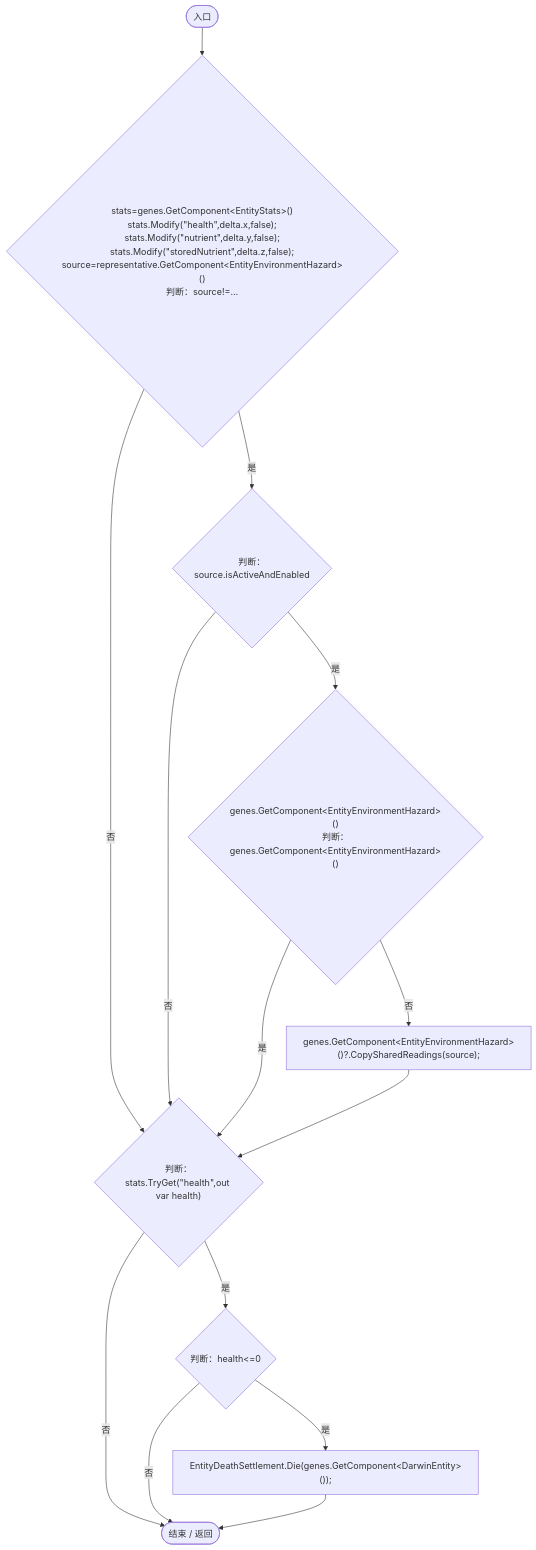
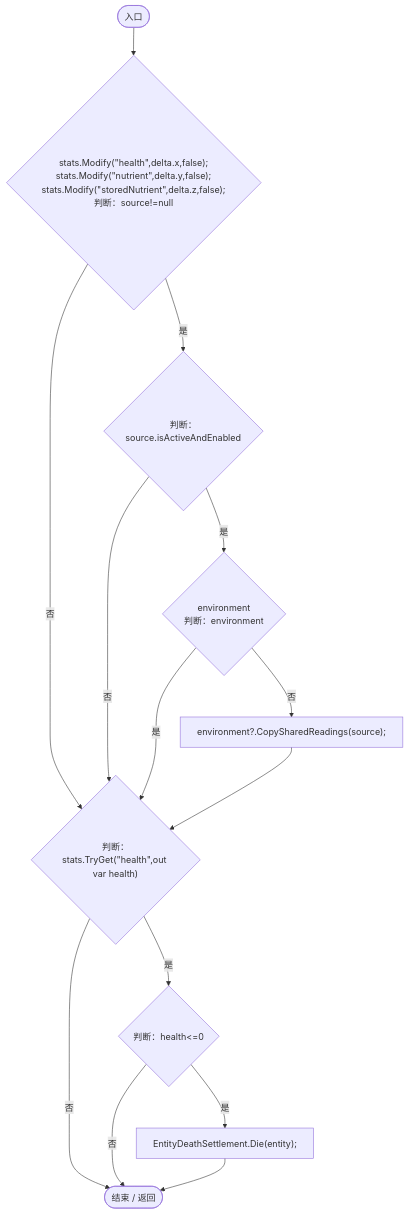
The eighth of 10 diagrams in Docs/运行流程图/脚本/9d3f50e550ab5beb.md (xhs6666/Darwin_paradise), drawn with Mermaid before and after one commit. The commit also changed other lines of this file and 30 other files, not shown here.

````diff
--- a/Docs/运行流程图/脚本/9d3f50e550ab5beb.md
+++ b/Docs/运行流程图/脚本/9d3f50e550ab5beb.md
@@ -238,26 +303,26 @@
 ```mermaid
 flowchart TD
   b0(["入口"])
-  b1{"stats=genes.GetComponent&lt;EntityStats&gt;()<br/>stats.Modify(&quot;health&quot;,delta.x,false);<br/>stats.Modify(&quot;nutrient&quot;,delta.y,false);<br/>stats.Modify(&quot;storedNutrient&quot;,delta.z,false);<br/>source=representative.GetComponent&lt;EntityEnvironmentHazard&gt;()<br/>判断：source!=…"}
+  b1{"stats.Modify(&quot;health&quot;,delta.x,false);<br/>stats.Modify(&quot;nutrient&quot;,delta.y,false);<br/>stats.Modify(&quot;storedNutrient&quot;,delta.z,false);<br/>判断：source!=null"}
   b2{"判断：source.isActiveAndEnabled"}
-  b3{"genes.GetComponent&lt;EntityEnvironmentHazard&gt;()<br/>判断：genes.GetComponent&lt;EntityEnvironmentHazard&gt;()"}
-  b4["genes.GetComponent&lt;EntityEnvironmentHazard&gt;()?.CopySharedReadings(source);"]
+  b3{"environment<br/>判断：environment"}
+  b4["environment?.CopySharedReadings(source);"]
   b5{"判断：stats.TryGet(&quot;health&quot;,out var health)"}
   b6{"判断：health&lt;=0"}
-  b7["EntityDeathSettlement.Die(genes.GetComponent&lt;DarwinEntity&gt;());"]
+  b7["EntityDeathSettlement.Die(entity);"]
   b8(["结束 / 返回"])
   b0 --> b1
   b1 -->|"是"| b2
   b1 -->|"否"| b5
   b2 -->|"是"| b3
   b2 -->|"否"| b5
   b3 -->|"否"| b4
   b3 -->|"是"| b5
   b4 --> b5
   b5 -->|"是"| b6
   b5 -->|"否"| b8
   b6 -->|"是"| b7
   b6 -->|"否"| b8
   b7 --> b8
 
 ```
````
